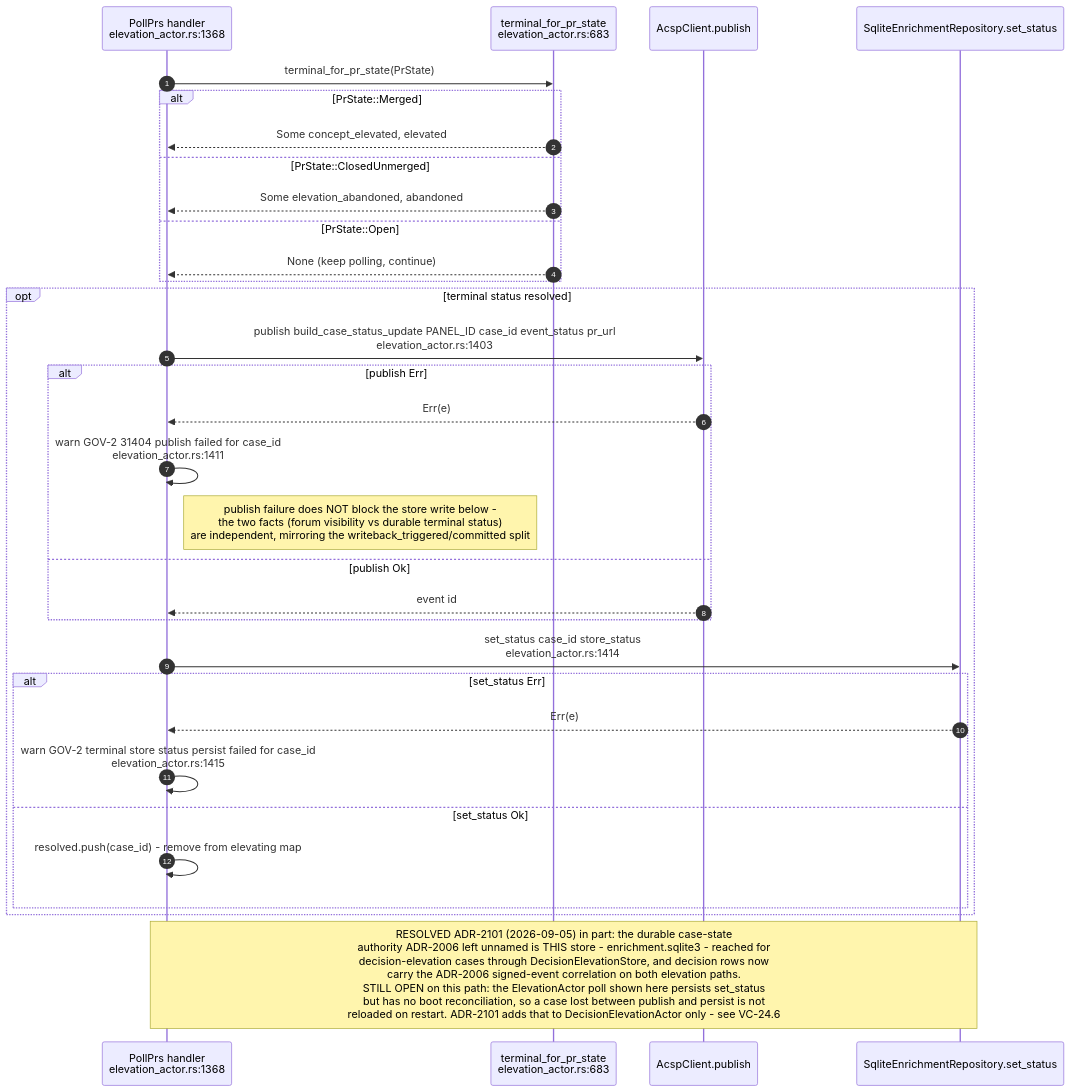
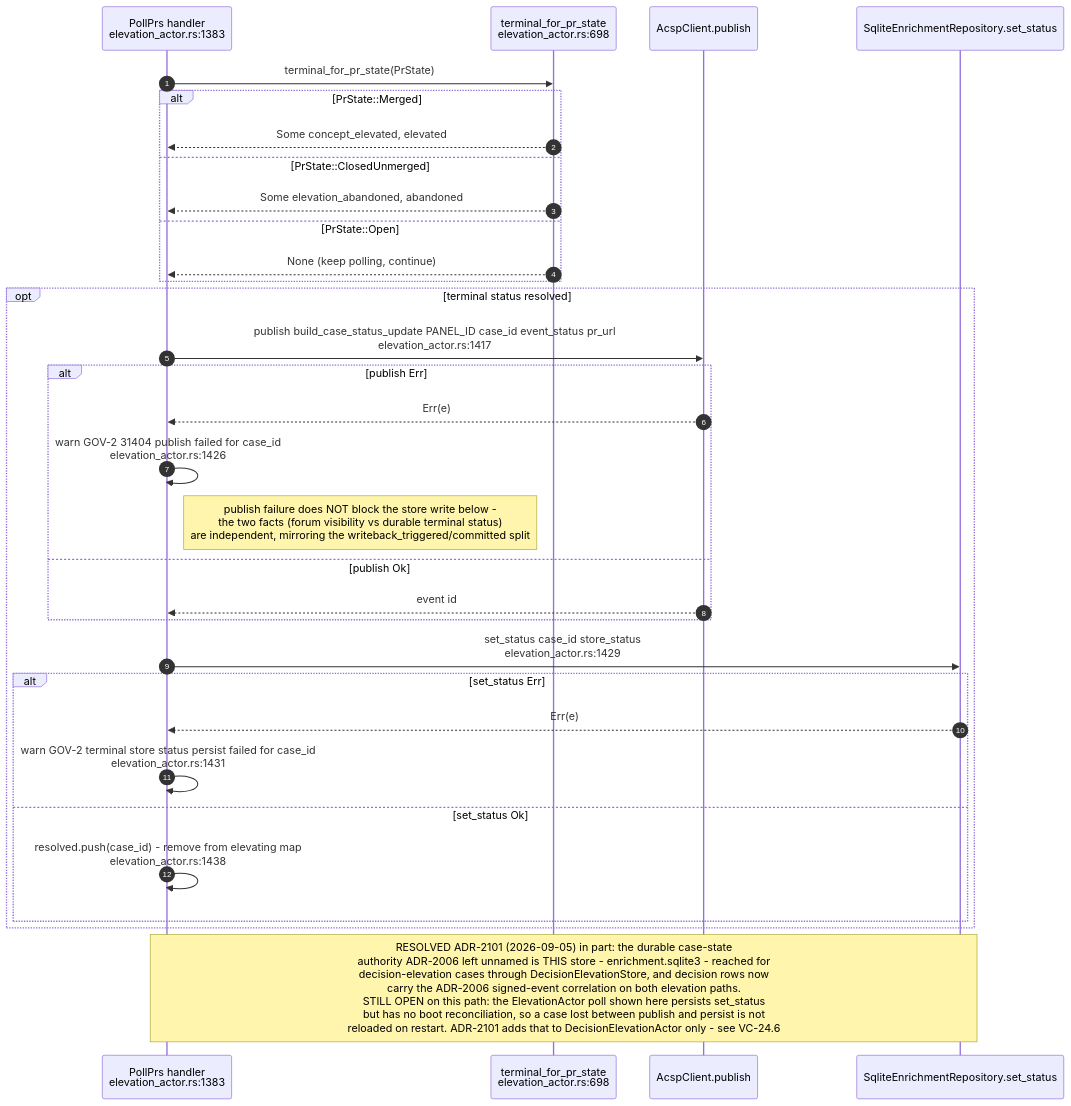
One commit to DreamLab-AI/VisionFlow changed the fifth of 11 diagrams in docs/diagrams/visionclaw/24-acsp-decision-elevation.md. Above: the diagram before and after it, drawn with Mermaid. The commit also changed other lines of this file and 136 other files, not shown here.

First line of the commit message:
docs(diagrams): refresh the whole corpus to code HEAD and prune low-value diagrams

````diff
--- a/docs/diagrams/visionclaw/24-acsp-decision-elevation.md
+++ b/docs/diagrams/visionclaw/24-acsp-decision-elevation.md
@@ -201,34 +198,34 @@
 ```mermaid
 sequenceDiagram
     autonumber
-    participant POLL as PollPrs handler<br/>elevation_actor.rs:1368
-    participant MAP as terminal_for_pr_state<br/>elevation_actor.rs:683
+    participant POLL as PollPrs handler<br/>elevation_actor.rs:1383
+    participant MAP as terminal_for_pr_state<br/>elevation_actor.rs:698
     participant ACSP as AcspClient.publish
     participant REPO as SqliteEnrichmentRepository.set_status
     POLL->>MAP: terminal_for_pr_state(PrState)
     alt PrState::Merged
         MAP-->>POLL: Some concept_elevated, elevated
     else PrState::ClosedUnmerged
         MAP-->>POLL: Some elevation_abandoned, abandoned
     else PrState::Open
         MAP-->>POLL: None (keep polling, continue)
     end
     opt terminal status resolved
-        POLL->>ACSP: publish build_case_status_update PANEL_ID case_id event_status pr_url<br/>elevation_actor.rs:1403
+        POLL->>ACSP: publish build_case_status_update PANEL_ID case_id event_status pr_url<br/>elevation_actor.rs:1417
         alt publish Err
             ACSP-->>POLL: Err(e)
-            POLL->>POLL: warn GOV-2 31404 publish failed for case_id<br/>elevation_actor.rs:1411
+            POLL->>POLL: warn GOV-2 31404 publish failed for case_id<br/>elevation_actor.rs:1426
             Note right of POLL: publish failure does NOT block the store write below -<br/>the two facts (forum visibility vs durable terminal status)<br/>are independent, mirroring the writeback_triggered/committed split
         else publish Ok
             ACSP-->>POLL: event id
         end
-        POLL->>REPO: set_status case_id store_status<br/>elevation_actor.rs:1414
+        POLL->>REPO: set_status case_id store_status<br/>elevation_actor.rs:1429
         alt set_status Err
             REPO-->>POLL: Err(e)
-            POLL->>POLL: warn GOV-2 terminal store status persist failed for case_id<br/>elevation_actor.rs:1415
+            POLL->>POLL: warn GOV-2 terminal store status persist failed for case_id<br/>elevation_actor.rs:1431
         else set_status Ok
-            POLL->>POLL: resolved.push(case_id) - remove from elevating map
+            POLL->>POLL: resolved.push(case_id) - remove from elevating map<br/>elevation_actor.rs:1438
         end
     end
     Note over POLL,REPO: RESOLVED ADR-2101 (2026-09-05) in part: the durable case-state<br/>authority ADR-2006 left unnamed is THIS store - enrichment.sqlite3 - reached for<br/>decision-elevation cases through DecisionElevationStore, and decision rows now<br/>carry the ADR-2006 signed-event correlation on both elevation paths.<br/>STILL OPEN on this path: the ElevationActor poll shown here persists set_status<br/>but has no boot reconciliation, so a case lost between publish and persist is not<br/>reloaded on restart. ADR-2101 adds that to DecisionElevationActor only - see VC-24.6
 ```
````
